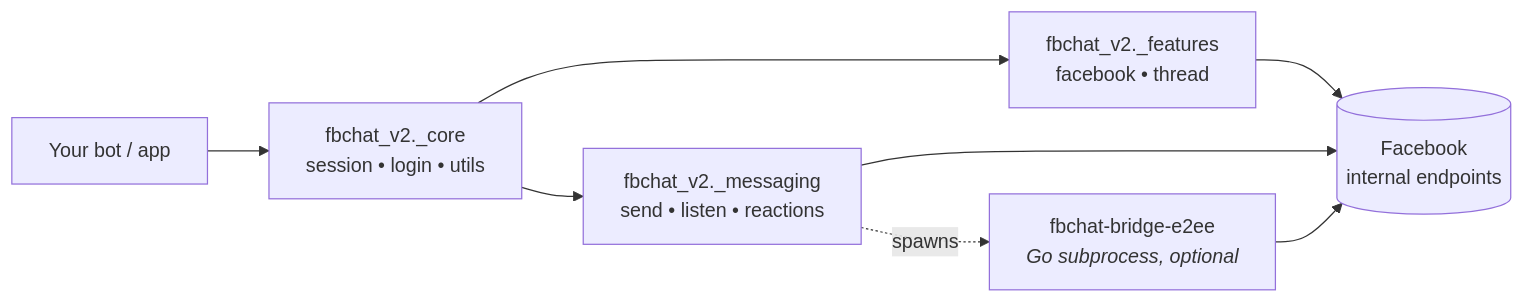
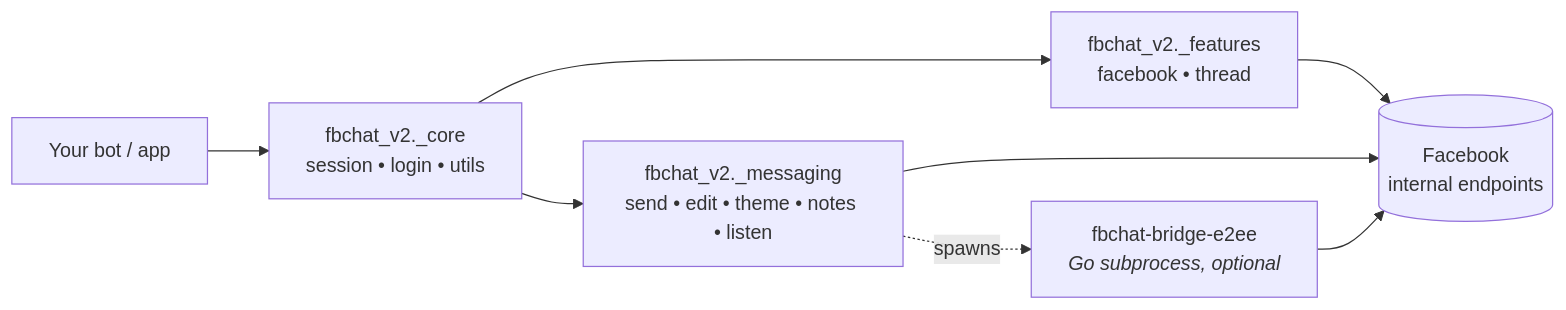
Before and after one commit to m008v/fbchat-v2: the diagram in README.md, drawn with Mermaid. The commit also changed other lines of this file and 8 other files, not shown here.

Commit message:
v2.1.5: add features: _editMessage, _changeTheme; add documents

````diff
--- a/README.md
+++ b/README.md
@@ -419,10 +484,10 @@
 ```mermaid
 flowchart LR
     A[Your bot / app] --> B[fbchat_v2._core<br/>session • login • utils]
     B --> C[fbchat_v2._features<br/>facebook • thread]
-    B --> D[fbchat_v2._messaging<br/>send • listen • reactions]
+    B --> D[fbchat_v2._messaging<br/>send • edit • theme • notes • listen]
     D -.spawns.-> E[fbchat-bridge-e2ee<br/><i>Go subprocess, optional</i>]
     C --> F[(Facebook<br/>internal endpoints)]
     D --> F
     E --> F
 ```
````
